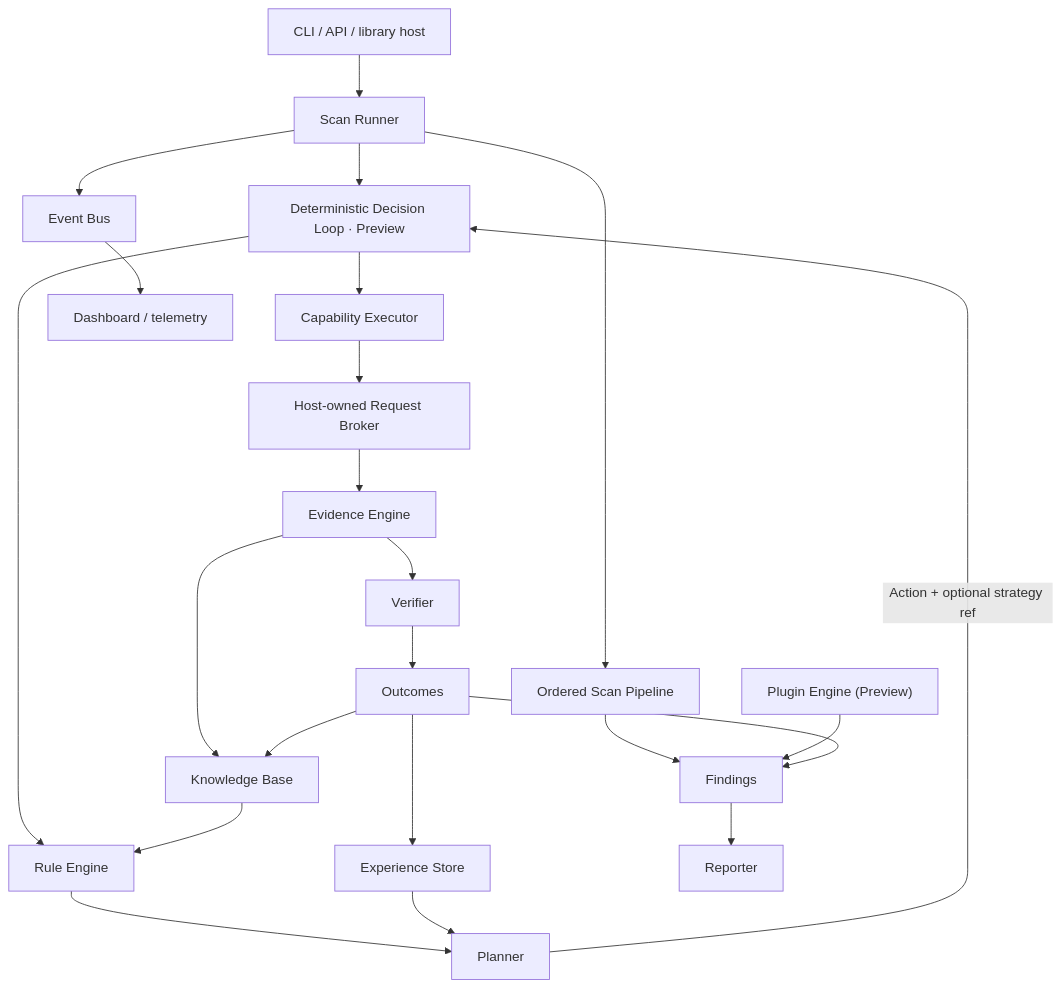
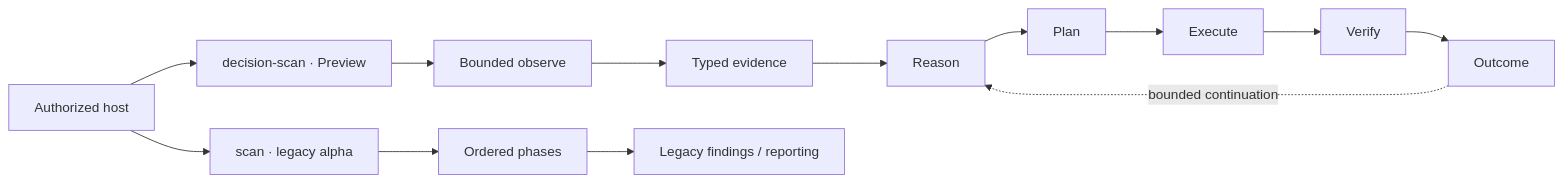
The diagram in README.md (ITherso/termivar), drawn with Mermaid before and after one commit. The commit also changed other lines of this file and 13 other files, not shown here.

````diff
--- a/README.md
+++ b/README.md
@@ -30,25 +16,16 @@
 ```mermaid
-flowchart TD
-    Host["CLI / API / library host"] --> ScanRunner["Scan Runner"]
-    ScanRunner --> Pipeline["Ordered Scan Pipeline"]
-    ScanRunner --> Decision["Deterministic Decision Loop · Preview"]
-    Pipeline --> Findings
-    Plugins["Plugin Engine (Preview)"] --> Findings
-    Decision --> Rules["Rule Engine"]
-    Knowledge["Knowledge Base"] --> Rules
-    Rules --> Planner
-    Experience["Experience Store"] --> Planner
-    Planner -->|"Action + optional strategy ref"| Decision
-    Decision --> Executor["Capability Executor"]
-    Executor --> Broker["Host-owned Request Broker"]
-    Broker --> Evidence["Evidence Engine"]
-    Evidence --> Knowledge
-    Evidence --> Verifier
-    Verifier --> Outcomes
-    Outcomes --> Knowledge
-    Outcomes --> Experience
-    Outcomes --> Findings
-    ScanRunner --> Events["Event Bus"]
-    Findings --> Reporter
-    Events --> Observers["Dashboard / telemetry"]
+flowchart LR
+    Host["Authorized host"] --> Preview["decision-scan · Preview"]
+    Preview --> Observe["Bounded observe"]
+    Observe --> Evidence["Typed evidence"]
+    Evidence --> Reason["Reason"]
+    Reason --> Plan["Plan"]
+    Plan --> Execute["Execute"]
+    Execute --> Verify["Verify"]
+    Verify --> Outcome["Outcome"]
+    Outcome -. "bounded continuation" .-> Reason
+
+    Host --> Legacy["scan · legacy alpha"]
+    Legacy --> Phases["Ordered phases"]
+    Phases --> Findings["Legacy findings / reporting"]
 ```
````
